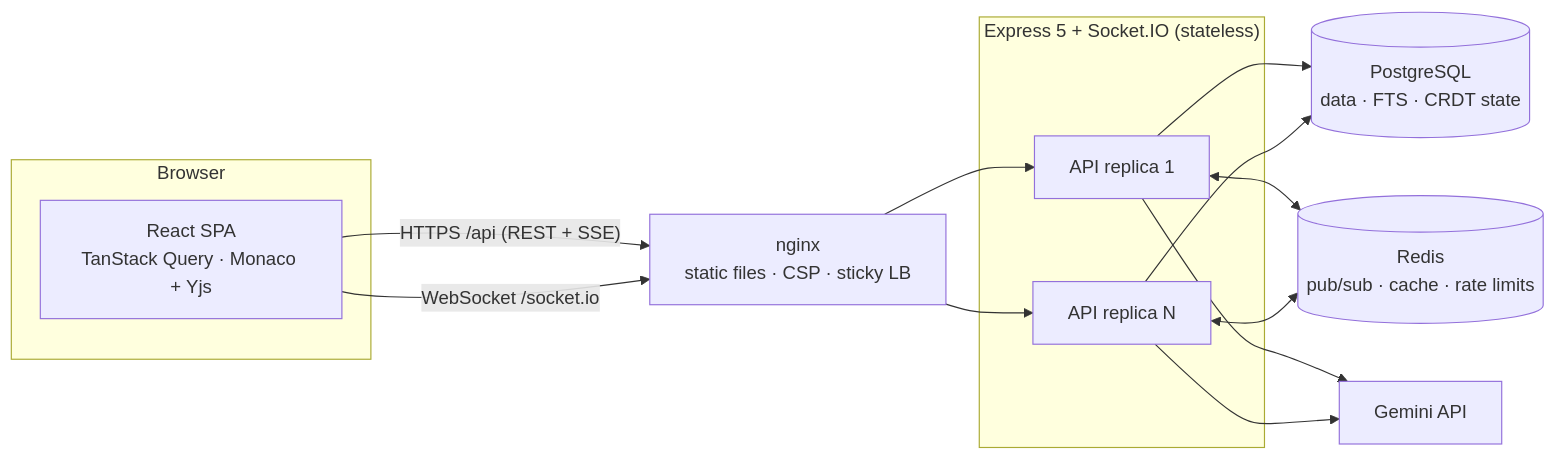
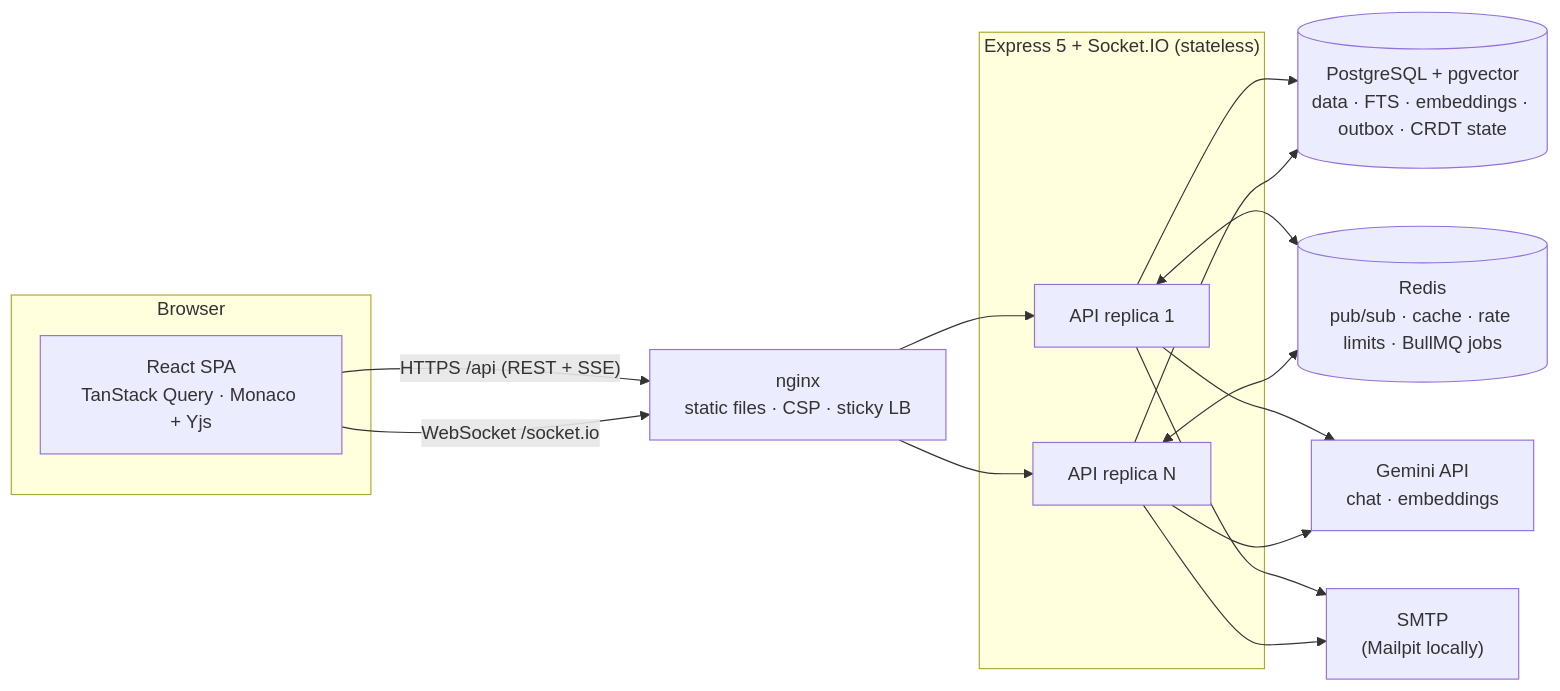
The first of 2 diagrams in README.md (pankajbaid567/DevHub-), drawn with Mermaid before and after one commit. The commit also changed other lines of this file and 12 other files, not shown here.

Commit message:
Document jobs, account flows and semantic search; add ADRs 0008-0010 and screenshots

````diff
--- a/README.md
+++ b/README.md
@@ -80,17 +93,18 @@
 ```mermaid
 flowchart LR
   subgraph Browser
     SPA["React SPA<br/>TanStack Query · Monaco + Yjs"]
   end
   SPA -- "HTTPS /api (REST + SSE)" --> NGINX
   SPA -- "WebSocket /socket.io" --> NGINX
   NGINX["nginx<br/>static files · CSP · sticky LB"] --> API1["API replica 1"]
   NGINX --> API2["API replica N"]
   subgraph API["Express 5 + Socket.IO (stateless)"]
     API1
     API2
   end
-  API1 & API2 --> PG[("PostgreSQL<br/>data · FTS · CRDT state")]
-  API1 & API2 <--> REDIS[("Redis<br/>pub/sub · cache · rate limits")]
-  API1 & API2 --> GEMINI["Gemini API"]
+  API1 & API2 --> PG[("PostgreSQL + pgvector<br/>data · FTS · embeddings · outbox · CRDT state")]
+  API1 & API2 <--> REDIS[("Redis<br/>pub/sub · cache · rate limits · BullMQ jobs")]
+  API1 & API2 --> GEMINI["Gemini API<br/>chat · embeddings"]
+  API1 & API2 --> SMTP["SMTP<br/>(Mailpit locally)"]
 ```
````
